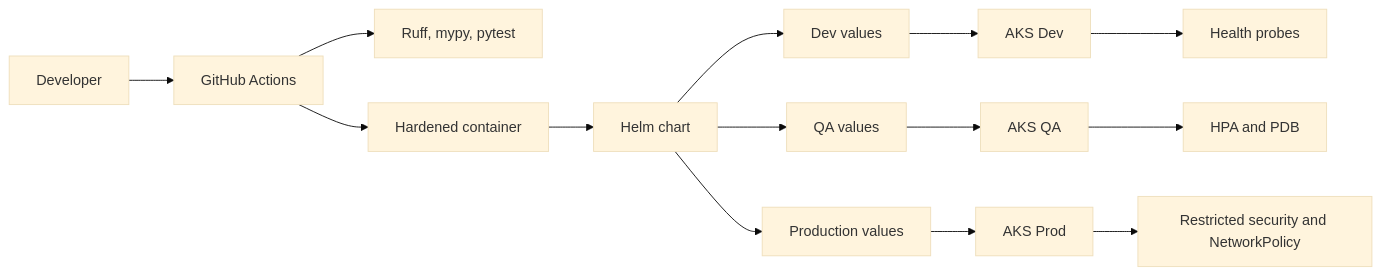
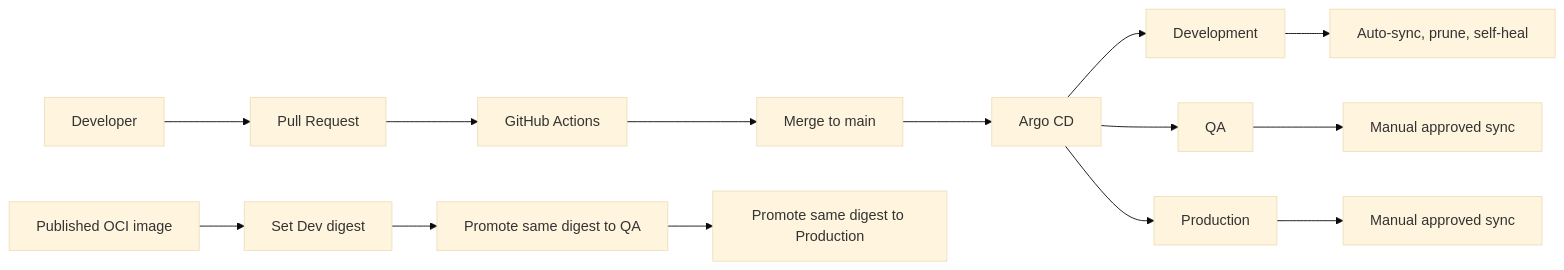
The diagram in README.md (harshilamin/enterprise-aks-gitops-platform), drawn with Mermaid (base theme) before and after one commit. The commit also changed other lines of this file and 11 other files, not shown here.

````diff
--- a/README.md
+++ b/README.md
@@ -45,18 +50,19 @@
 ```mermaid
 flowchart LR
-    Developer --> CI[GitHub Actions]
-    CI --> Quality[Ruff, mypy, pytest]
-    CI --> Image[Hardened container]
-    Image --> Chart[Helm chart]
-    Chart --> Dev[Dev values]
-    Chart --> QA[QA values]
-    Chart --> Prod[Production values]
+    Developer --> PR[Pull Request]
+    PR --> CI[GitHub Actions]
+    CI --> Merge[Merge to main]
+    Merge --> Argo[Argo CD]
 
-    Dev --> AKSDev[AKS Dev]
-    QA --> AKSQA[AKS QA]
-    Prod --> AKSProd[AKS Prod]
+    Argo --> Dev[Development]
+    Argo --> QA[QA]
+    Argo --> Prod[Production]
 
-    AKSDev --> Probes[Health probes]
-    AKSQA --> Scale[HPA and PDB]
-    AKSProd --> Security[Restricted security and NetworkPolicy]
+    Dev --> DevPolicy[Auto-sync, prune, self-heal]
+    QA --> QAPolicy[Manual approved sync]
+    Prod --> ProdPolicy[Manual approved sync]
+
+    Build[Published OCI image] --> DevDigest[Set Dev digest]
+    DevDigest --> QADigest[Promote same digest to QA]
+    QADigest --> ProdDigest[Promote same digest to Production]
 ```
````
